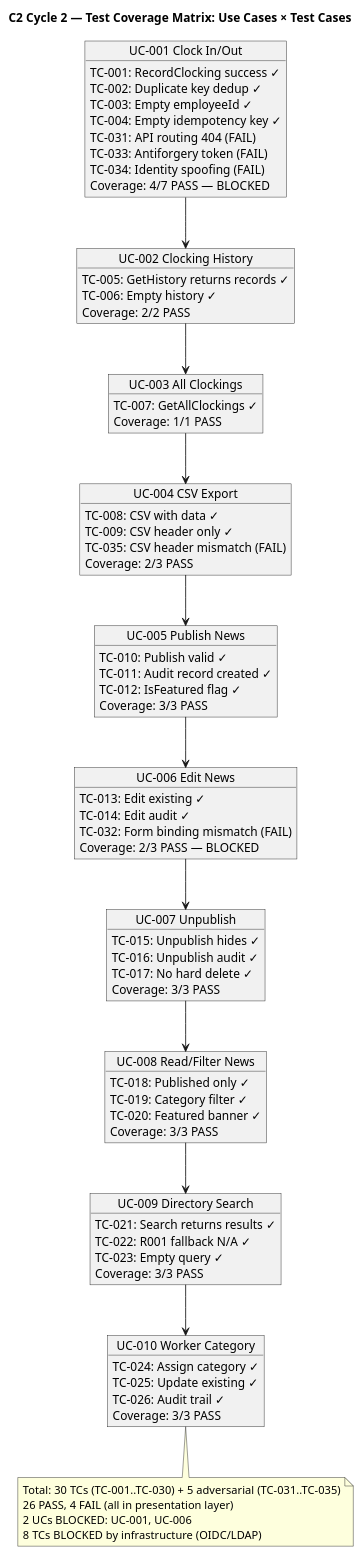
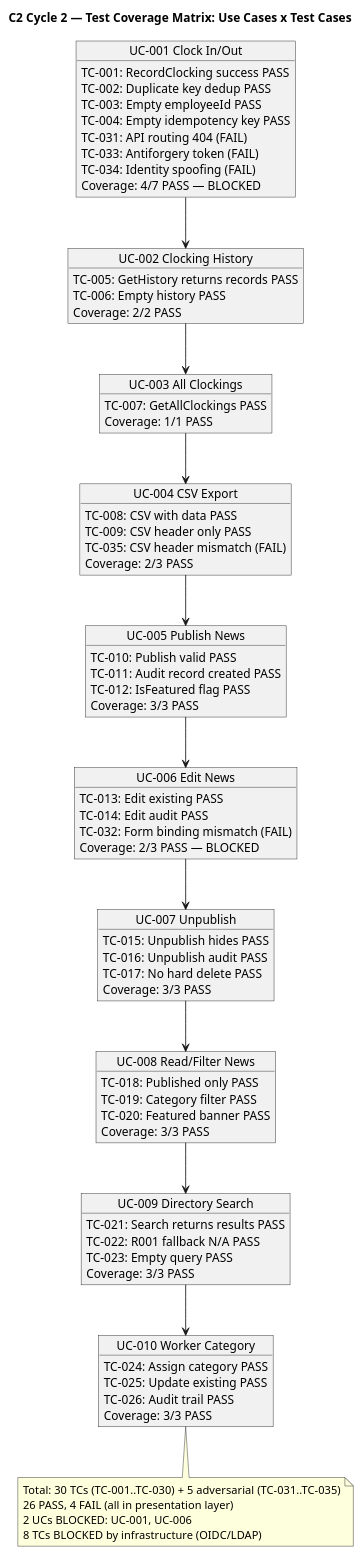
The third of 4 diagrams in docs/artifacts/project-management/review-record.md (banense-test/portal-cuba-corp), drawn with PlantUML before and after one commit. The commit also changed other lines of this file, not shown here.

First line of the commit message:
Review Coordinator [C2]: upsert Review Record

````diff
--- a/docs/artifacts/project-management/review-record.md
+++ b/docs/artifacts/project-management/review-record.md
@@ -744,15 +350,16 @@
 ```plantuml
 @startuml
-title C2 Cycle 2 — Test Coverage Matrix: Use Cases × Test Cases
+title C2 Cycle 2 — Test Coverage Matrix: Use Cases x Test Cases
 
+skinparam classBorderColor #2C3E50
+skinparam classBackgroundColor #ECF0F1
 skinparam classAttributeIconSize 0
-skinparam monochrome false
 
 object "UC-001 Clock In/Out" as UC1 {
-  TC-001: RecordClocking success ✓
-  TC-002: Duplicate key dedup ✓
-  TC-003: Empty employeeId ✓
-  TC-004: Empty idempotency key ✓
+  TC-001: RecordClocking success PASS
+  TC-002: Duplicate key dedup PASS
+  TC-003: Empty employeeId PASS
+  TC-004: Empty idempotency key PASS
   TC-031: API routing 404 (FAIL)
   TC-033: Antiforgery token (FAIL)
   TC-034: Identity spoofing (FAIL)
@@ -760,62 +367,62 @@
 }
 
 object "UC-002 Clocking History" as UC2 {
-  TC-005: GetHistory returns records ✓
-  TC-006: Empty history ✓
+  TC-005: GetHistory returns records PASS
+  TC-006: Empty history PASS
   Coverage: 2/2 PASS
 }
 
 object "UC-003 All Clockings" as UC3 {
-  TC-007: GetAllClockings ✓
+  TC-007: GetAllClockings PASS
   Coverage: 1/1 PASS
 }
 
 object "UC-004 CSV Export" as UC4 {
-  TC-008: CSV with data ✓
-  TC-009: CSV header only ✓
+  TC-008: CSV with data PASS
+  TC-009: CSV header only PASS
   TC-035: CSV header mismatch (FAIL)
   Coverage: 2/3 PASS
 }
 
 object "UC-005 Publish News" as UC5 {
-  TC-010: Publish valid ✓
-  TC-011: Audit record created ✓
-  TC-012: IsFeatured flag ✓
+  TC-010: Publish valid PASS
+  TC-011: Audit record created PASS
+  TC-012: IsFeatured flag PASS
   Coverage: 3/3 PASS
 }
 
 object "UC-006 Edit News" as UC6 {
-  TC-013: Edit existing ✓
-  TC-014: Edit audit ✓
+  TC-013: Edit existing PASS
+  TC-014: Edit audit PASS
   TC-032: Form binding mismatch (FAIL)
   Coverage: 2/3 PASS — BLOCKED
 }
 
 object "UC-007 Unpublish" as UC7 {
-  TC-015: Unpublish hides ✓
-  TC-016: Unpublish audit ✓
-  TC-017: No hard delete ✓
+  TC-015: Unpublish hides PASS
+  TC-016: Unpublish audit PASS
+  TC-017: No hard delete PASS
   Coverage: 3/3 PASS
 }
 
 object "UC-008 Read/Filter News" as UC8 {
-  TC-018: Published only ✓
-  TC-019: Category filter ✓
-  TC-020: Featured banner ✓
+  TC-018: Published only PASS
+  TC-019: Category filter PASS
+  TC-020: Featured banner PASS
   Coverage: 3/3 PASS
 }
 
 object "UC-009 Directory Search" as UC9 {
-  TC-021: Search returns results ✓
-  TC-022: R001 fallback N/A ✓
-  TC-023: Empty query ✓
+  TC-021: Search returns results PASS
+  TC-022: R001 fallback N/A PASS
+  TC-023: Empty query PASS
   Coverage: 3/3 PASS
 }
 
 object "UC-010 Worker Category" as UC10 {
-  TC-024: Assign category ✓
-  TC-025: Update existing ✓
-  TC-026: Audit trail ✓
+  TC-024: Assign category PASS
+  TC-025: Update existing PASS
+  TC-026: Audit trail PASS
   Coverage: 3/3 PASS
 }
 
````
